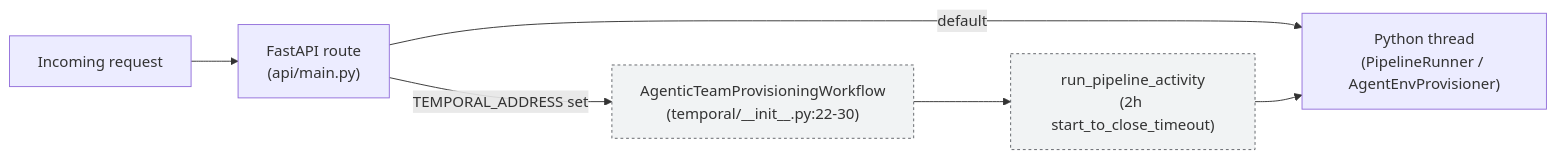
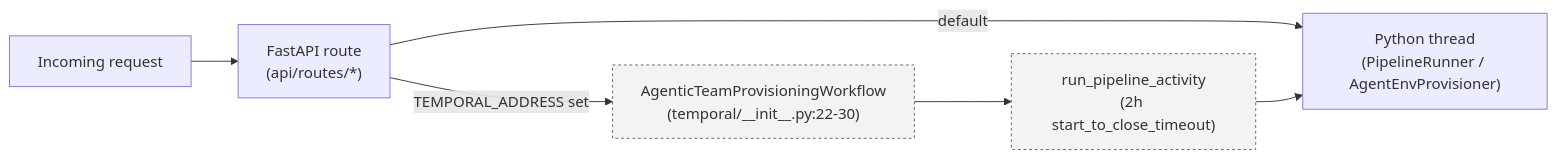
The third of 3 diagrams in backend/agents/agent_team_studio/agentic_team_provisioning/system_design/architecture.md (brandonkindred/Khala-Agentic-AI-Teams), drawn with Mermaid before and after one commit. The commit also changed other lines of this file and 5 other files, not shown here.

First line of the commit message:
Refresh agentic_team_provisioning architecture docs, fix test suite for new FastAPI router flattening

````diff
--- a/backend/agents/agent_team_studio/agentic_team_provisioning/system_design/architecture.md
+++ b/backend/agents/agent_team_studio/agentic_team_provisioning/system_design/architecture.md
@@ -188,11 +188,11 @@
 ```mermaid
 flowchart LR
-    Req["Incoming request"] --> Route["FastAPI route<br/>(api/main.py)"]
+    Req["Incoming request"] --> Route["FastAPI route<br/>(api/routes/*)"]
     Route -->|default| Thread["Python thread<br/>(PipelineRunner / AgentEnvProvisioner)"]
     Route -->|TEMPORAL_ADDRESS set| Workflow["AgenticTeamProvisioningWorkflow<br/>(temporal/__init__.py:22-30)"]
     Workflow --> Activity["run_pipeline_activity<br/>(2h start_to_close_timeout)"]
     Activity --> Thread
 
     classDef external fill:#f1f3f4,stroke:#5f6368,stroke-dasharray: 3 3
     class Workflow,Activity external
 ```
````
